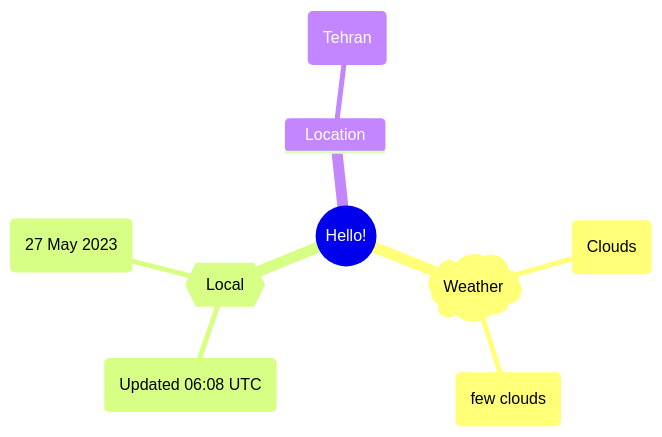
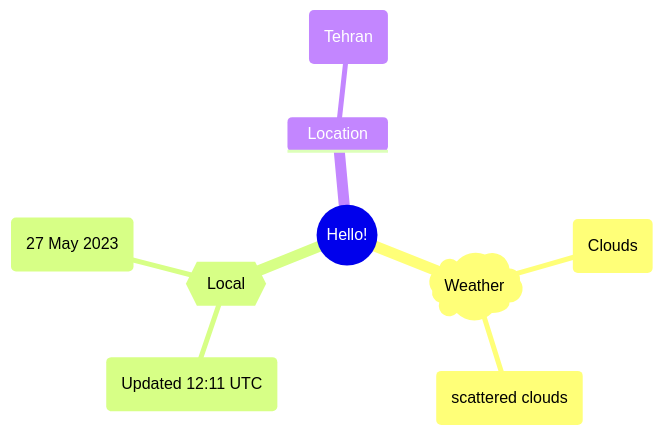
The first of 2 diagrams in README.md (Xosrov/Xosrov), drawn with Mermaid before and after one commit.

Commit message:
[bot] updated images

````diff
--- a/README.md
+++ b/README.md
@@ -3,12 +3,12 @@
 ```mermaid
 mindmap
   root((Hello!))
     )Weather(
         (Clouds)
-        (few clouds)
+        (scattered clouds)
     {{Local}}
-        (Updated 06:08 UTC)
+        (Updated 12:11 UTC)
         (27 May 2023)
     Location
         (Tehran)
 ```
````
